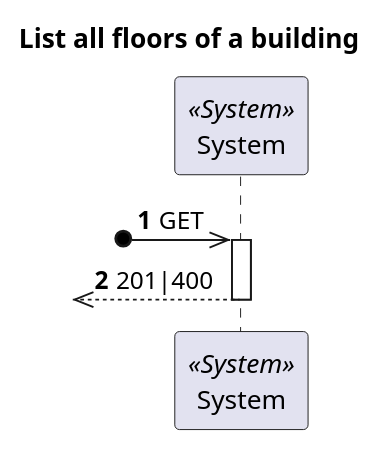
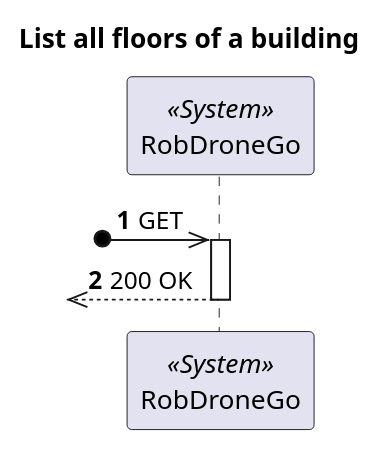
The diagram in docs/Vista Processo/US210/ProcessView_Level1_US210.puml (1210910/lapr5), drawn with PlantUML before and after one commit. The commit also changed 2 other files, not shown here.

```diff
--- a/docs/Vista Processo/US210/ProcessView_Level1_US210.puml
+++ b/docs/Vista Processo/US210/ProcessView_Level1_US210.puml
@@ -1,18 +1,18 @@
 @startuml
 'https://plantuml.com/sequence-diagram
 
 autonumber
 skinparam packageStyle rect
 
 title List all floors of a building
 
-participant "System" as Sys <<System>>
+participant "RobDroneGo" as Sys <<System>>
 
 ?o->> Sys : GET
 
 activate Sys
-?o<<-- Sys : 201|400
+?o<<-- Sys : 200 OK
 deactivate Sys
 
 
 @enduml
```
